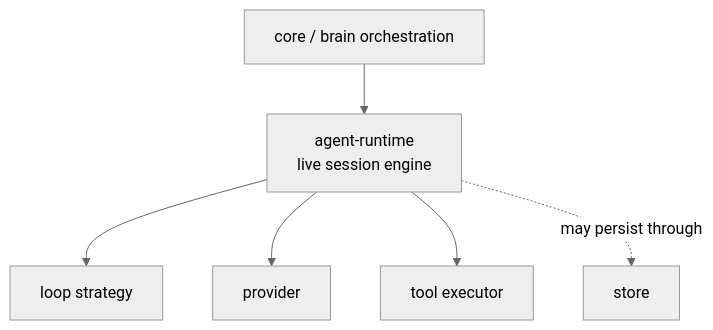
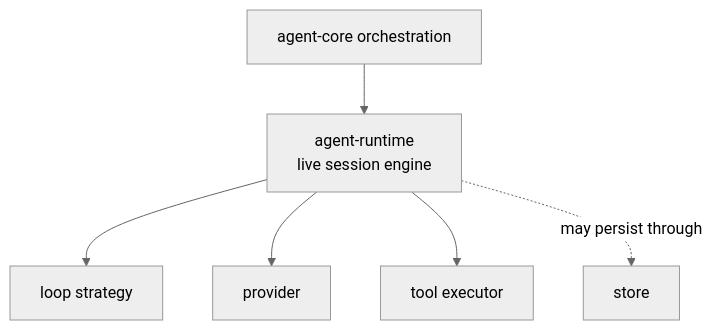
The first of 2 diagrams in docs/architecture/agent-runtime/README.md (leto-labs/leto), drawn with Mermaid (neutral theme) before and after one commit. The commit also changed other lines of this file and 160 other files, not shown here.

````diff
--- a/docs/architecture/agent-runtime/README.md
+++ b/docs/architecture/agent-runtime/README.md
@@ -67,15 +67,15 @@
 ```mermaid
 flowchart TD
-    Core[core / brain orchestration]
+    Core[agent-core orchestration]
     Runtime[agent-runtime<br/>live session engine]
     Loop[loop strategy]
     Provider[provider]
     Tools[tool executor]
     Store[store]
 
     Core --> Runtime
     Runtime --> Loop
     Runtime --> Provider
     Runtime --> Tools
     Runtime -. may persist through .-> Store
 ```
````
